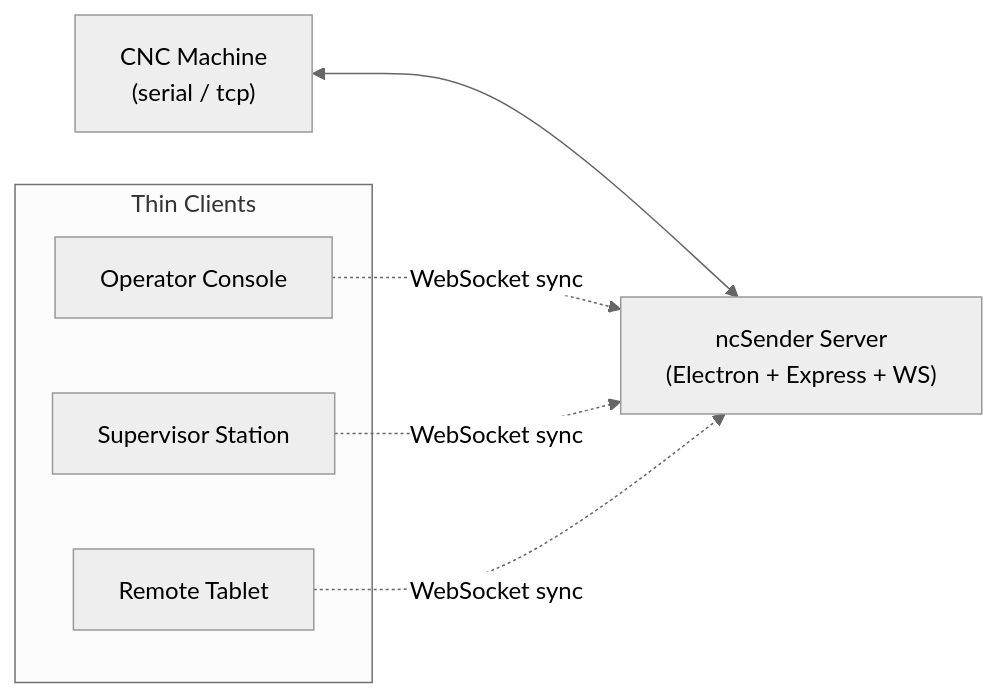
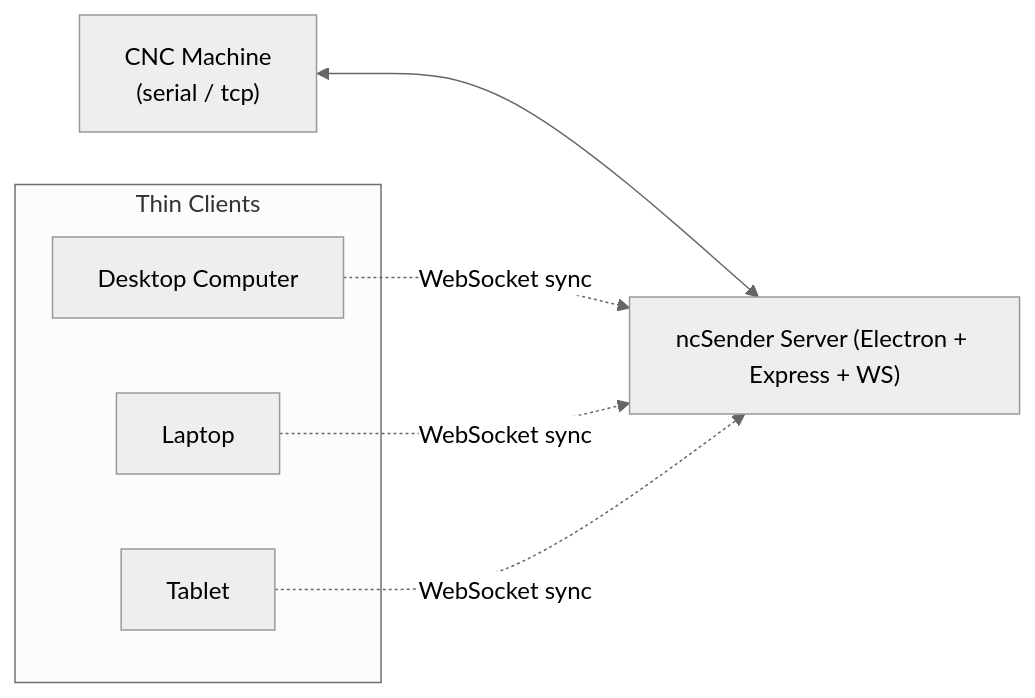
The first of 2 diagrams in docs/ARCHITECTURE.md (siganberg/ncSender), drawn with Mermaid (neutral theme) before and after one commit.

Commit message:
Updated diagram

````diff
--- a/docs/ARCHITECTURE.md
+++ b/docs/ARCHITECTURE.md
@@ -6,16 +6,16 @@
 ```mermaid
 graph LR
     Machine["CNC Machine\n(serial / tcp)"]
-    Server["ncSender Server\n(Electron + Express + WS)"]
+    Server["ncSender Server (Electron + Express + WS)"]
 
     subgraph Clients["Thin Clients"]
-        ClientA["Operator Console"]
-        ClientB["Supervisor Station"]
-        ClientN["Remote Tablet"]
+        ClientA["Desktop Computer"]
+        ClientB["Laptop"]
+        ClientN["Tablet"]
     end
 
     Machine <--> Server
     ClientA -. WebSocket sync .-> Server
     ClientB -. WebSocket sync .-> Server
     ClientN -. WebSocket sync .-> Server
 ```
````
